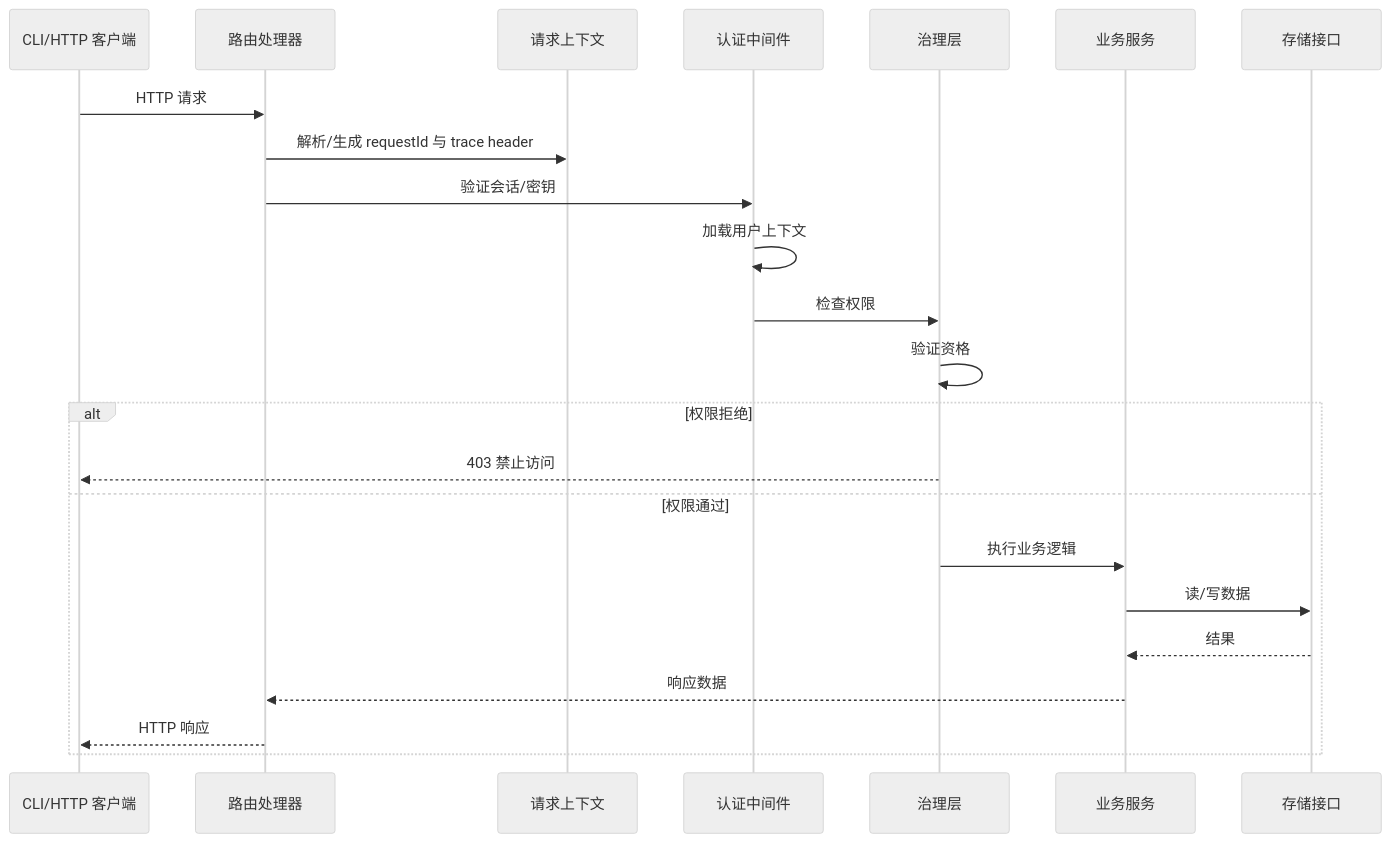
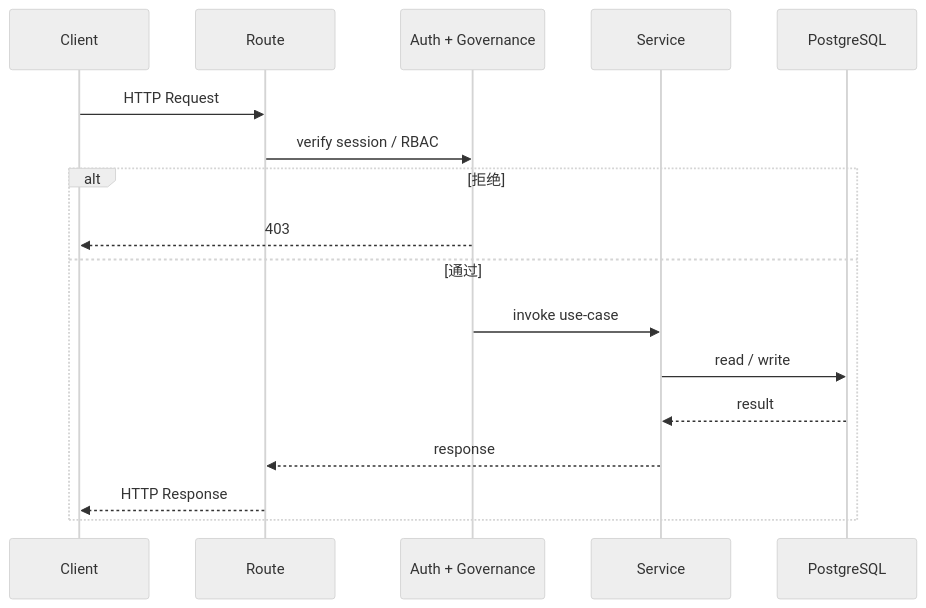
One commit to pofossette/TrapMap-for-vibing changed the second of 2 diagrams in docs/architecture/ARCHITECTURE.md. Above: the diagram before and after it, drawn with Mermaid (neutral theme). The commit also changed other lines of this file and 25 other files, not shown here.

````diff
--- a/docs/architecture/ARCHITECTURE.md
+++ b/docs/architecture/ARCHITECTURE.md
@@ -249,27 +82,19 @@
 ```mermaid
 sequenceDiagram
-    participant 客户端 as CLI/HTTP 客户端
-    participant 路由 as 路由处理器
-    participant 请求上下文 as 请求上下文
-    participant 认证 as 认证中间件
-    participant 治理 as 治理层
-    participant 服务 as 业务服务
-    participant 存储 as 存储接口
-
-    客户端->>路由: HTTP 请求
-    路由->>请求上下文: 解析/生成 requestId 与 trace header
-    路由->>认证: 验证会话/密钥
-    认证->>认证: 加载用户上下文
-    认证->>治理: 检查权限
-    治理->>治理: 验证资格
-
-    alt 权限拒绝
-        治理-->>客户端: 403 禁止访问
-    else 权限通过
-        治理->>服务: 执行业务逻辑
-        服务->>存储: 读/写数据
-        存储-->>服务: 结果
-        服务-->>路由: 响应数据
-        路由-->>客户端: HTTP 响应
+    participant C as Client
+    participant R as Route
+    participant A as Auth + Governance
+    participant S as Service
+    participant DB as PostgreSQL
+    C->>R: HTTP Request
+    R->>A: verify session / RBAC
+    alt 拒绝
+        A-->>C: 403
+    else 通过
+        A->>S: invoke use-case
+        S->>DB: read / write
+        DB-->>S: result
+        S-->>R: response
+        R-->>C: HTTP Response
     end
 ```
````
